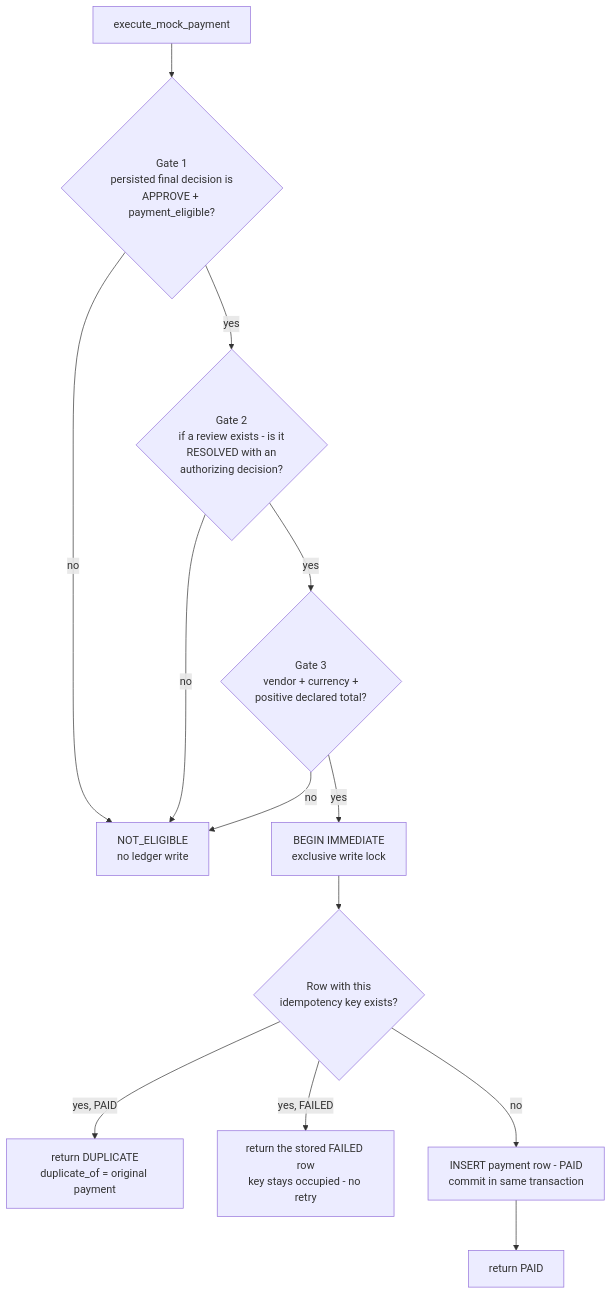
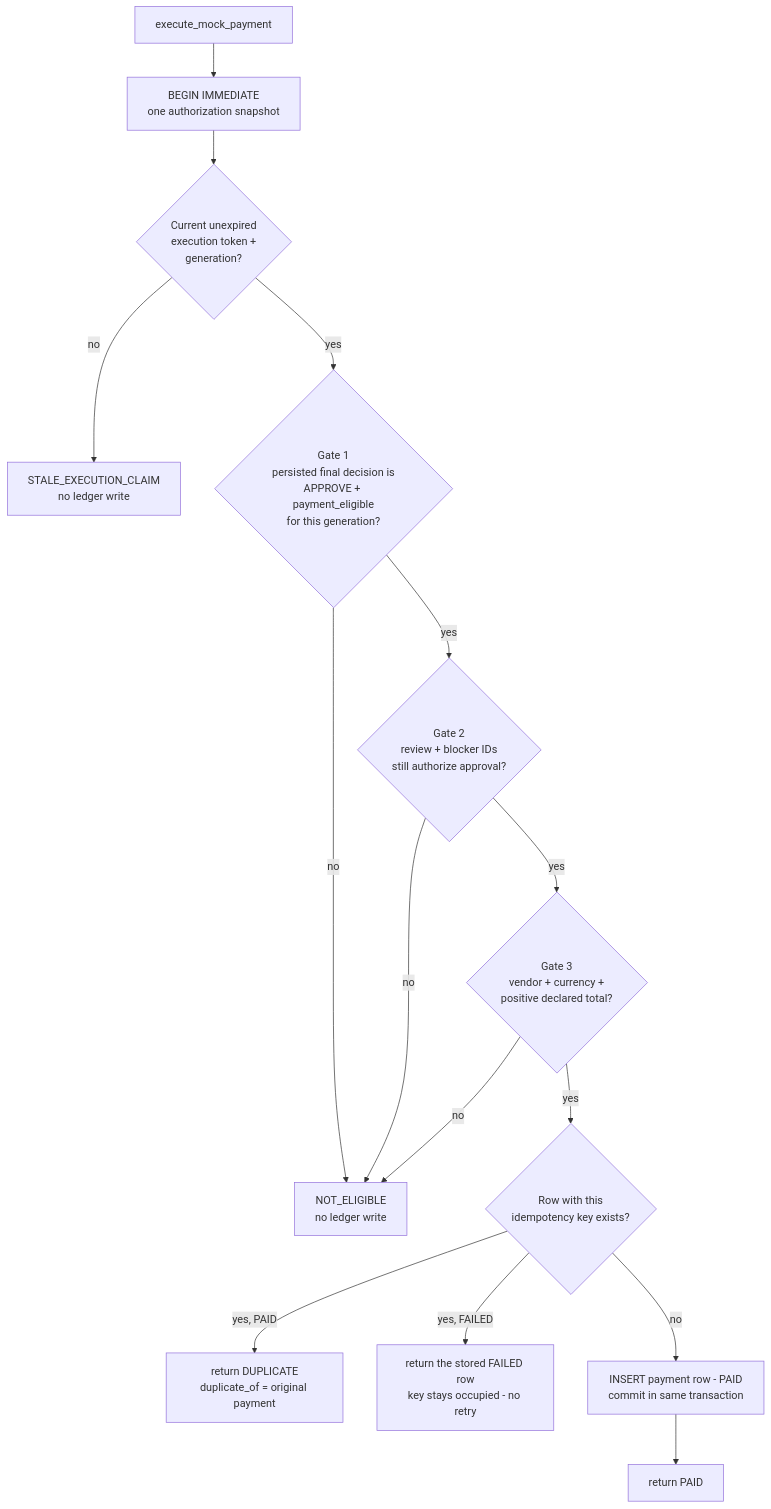
Before and after one commit to rmehta678/InvoiceProcessing: the eighth of 10 diagrams in Docs/SYSTEM_GUIDE.md, drawn with Mermaid. The commit also changed other lines of this file and 9 other files, not shown here.

````diff
--- a/Docs/SYSTEM_GUIDE.md
+++ b/Docs/SYSTEM_GUIDE.md
@@ -450,15 +499,17 @@
 ```mermaid
 flowchart TD
-    START["execute_mock_payment"] --> G1{"Gate 1<br/>persisted final decision is<br/>APPROVE + payment_eligible?"}
+    START["execute_mock_payment"] --> TX["BEGIN IMMEDIATE<br/>one authorization snapshot"]
+    TX --> C1{"Current unexpired<br/>execution token +<br/>generation?"}
+    C1 -- no --> STALE["STALE_EXECUTION_CLAIM<br/>no ledger write"]
+    C1 -- yes --> G1{"Gate 1<br/>persisted final decision is<br/>APPROVE + payment_eligible<br/>for this generation?"}
     G1 -- no --> NE["NOT_ELIGIBLE<br/>no ledger write"]
-    G1 -- yes --> G2{"Gate 2<br/>if a review exists - is it<br/>RESOLVED with an<br/>authorizing decision?"}
+    G1 -- yes --> G2{"Gate 2<br/>review + blocker IDs<br/>still authorize approval?"}
     G2 -- no --> NE
     G2 -- yes --> G3{"Gate 3<br/>vendor + currency +<br/>positive declared total?"}
     G3 -- no --> NE
-    G3 -- yes --> TX["BEGIN IMMEDIATE<br/>exclusive write lock"]
-    TX --> LOOK{"Row with this<br/>idempotency key exists?"}
+    G3 -- yes --> LOOK{"Row with this<br/>idempotency key exists?"}
     LOOK -- "yes, PAID" --> DUP["return DUPLICATE<br/>duplicate_of = original payment"]
     LOOK -- "yes, FAILED" --> FAILED2["return the stored FAILED row<br/>key stays occupied - no retry"]
     LOOK -- no --> INSERT["INSERT payment row - PAID<br/>commit in same transaction"]
     INSERT --> PAID["return PAID"]
 ```
````
